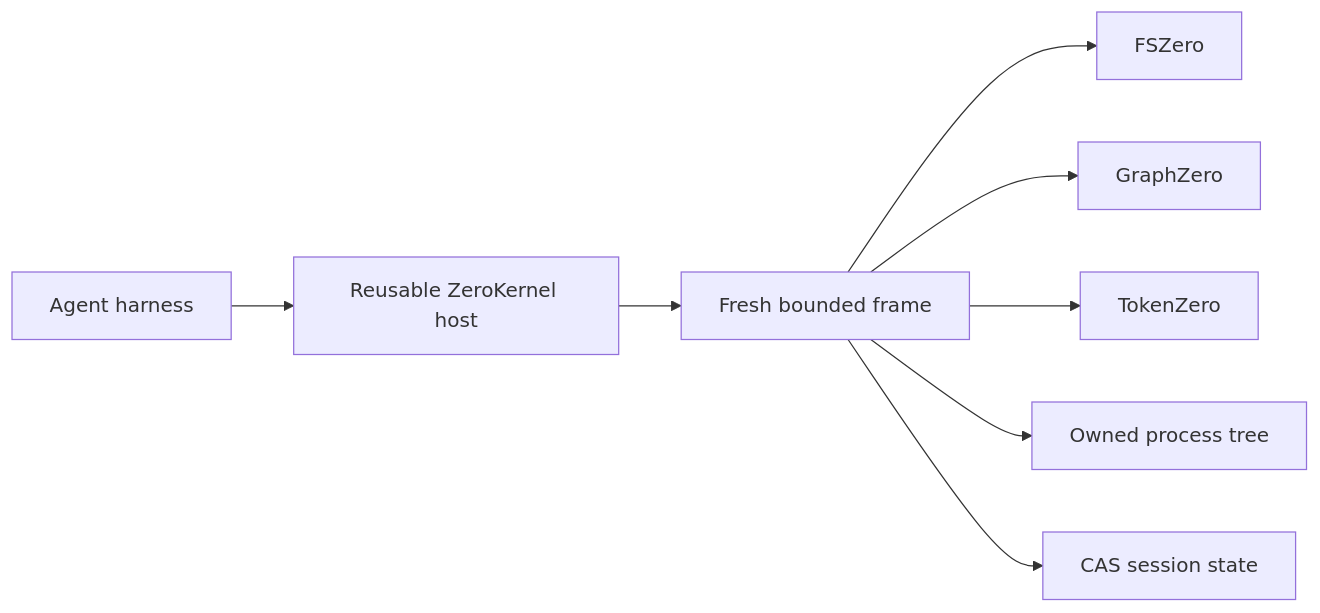
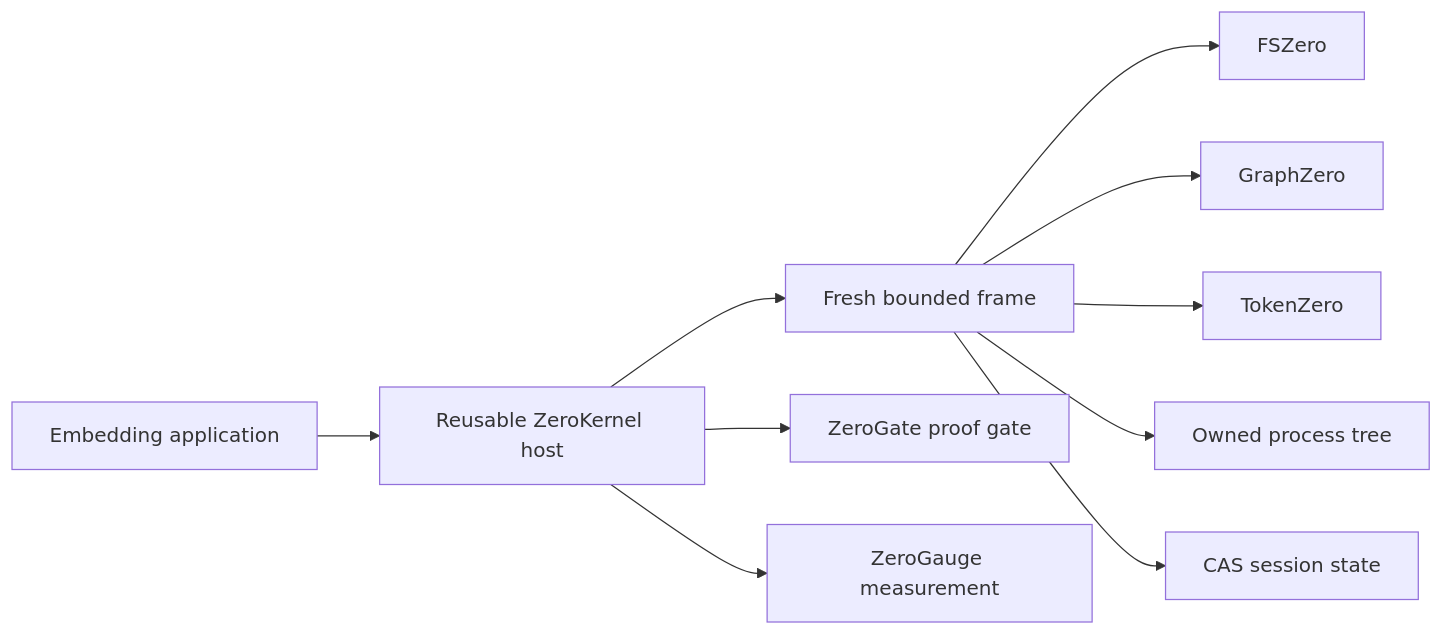
The diagram in docs/architecture.md (AdityaVG13/zerostack), drawn with Mermaid before and after one commit. The commit also changed other lines of this file and 1268 other files, not shown here.

First line of the commit message:
refactor: retire engine product surfaces behind ZeroKernel

````diff
--- a/docs/architecture.md
+++ b/docs/architecture.md
@@ -22,10 +24,12 @@
 ```mermaid
 graph LR
-  H[Agent harness] --> K[Reusable ZeroKernel host]
+  H[Embedding application] --> K[Reusable ZeroKernel host]
   K --> F[Fresh bounded frame]
   F --> FS[FSZero]
   F --> G[GraphZero]
   F --> T[TokenZero]
+  K --> Gate[ZeroGate proof gate]
+  K --> Gauge[ZeroGauge measurement]
   F --> P[Owned process tree]
   F --> S[CAS session state]
 ```
````
